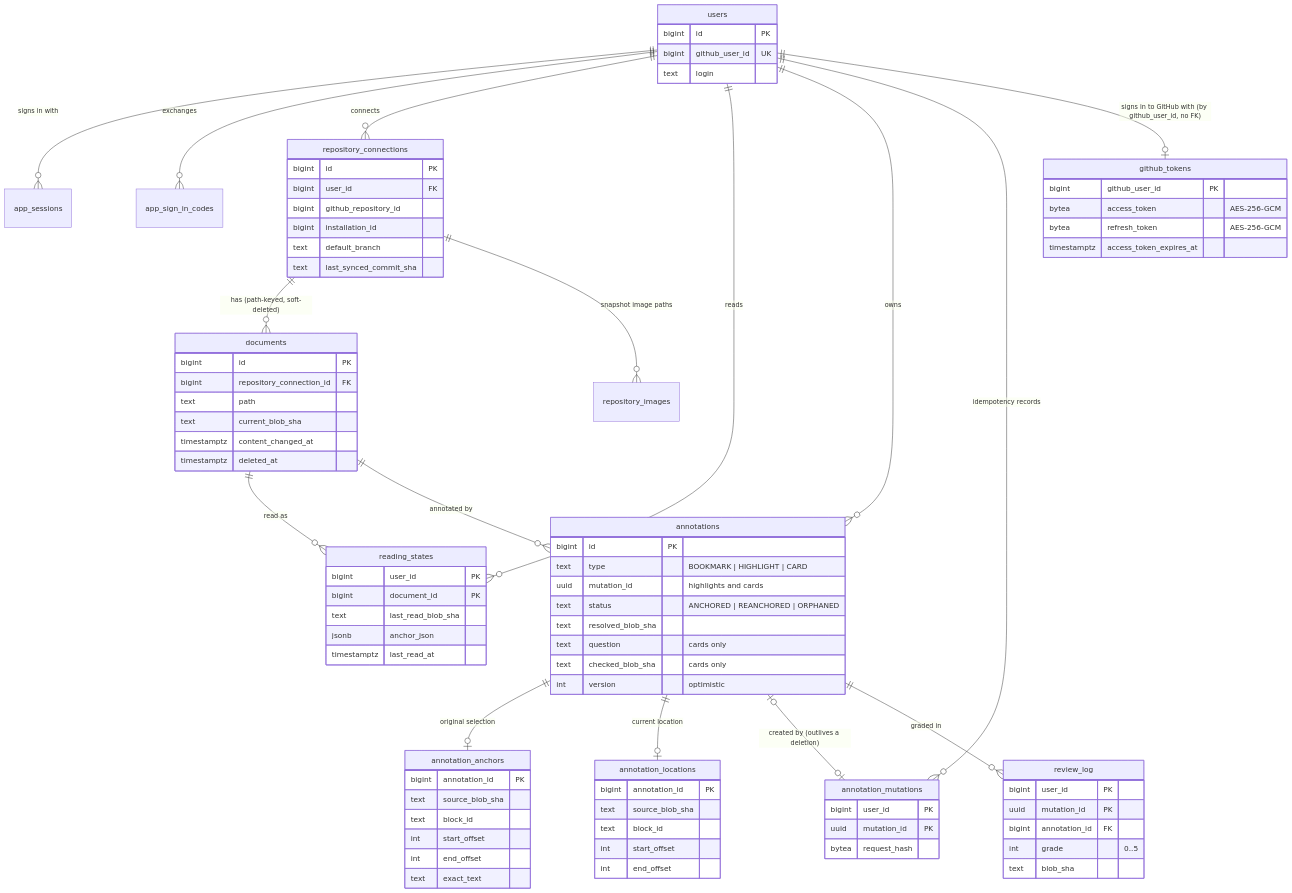
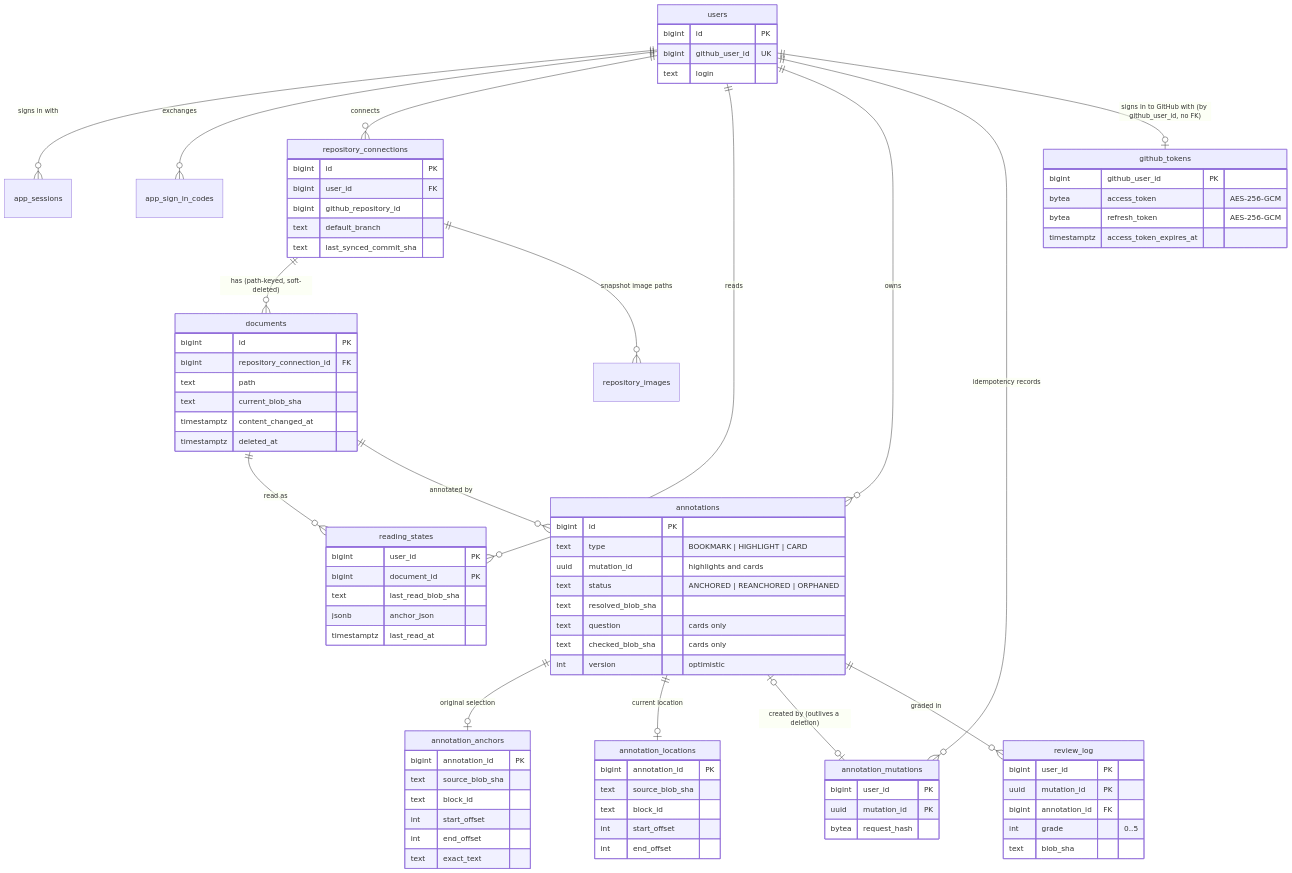
Before and after one commit to jaxwong/reporead: the fourth of 12 diagrams in docs/architecture.md, drawn with Mermaid. The commit also changed 11 other files, not shown here.

```diff
--- a/docs/architecture.md
+++ b/docs/architecture.md
@@ -193,7 +193,6 @@
         bigint id PK
         bigint user_id FK
         bigint github_repository_id
-        bigint installation_id
         text default_branch
         text last_synced_commit_sha
     }
```
